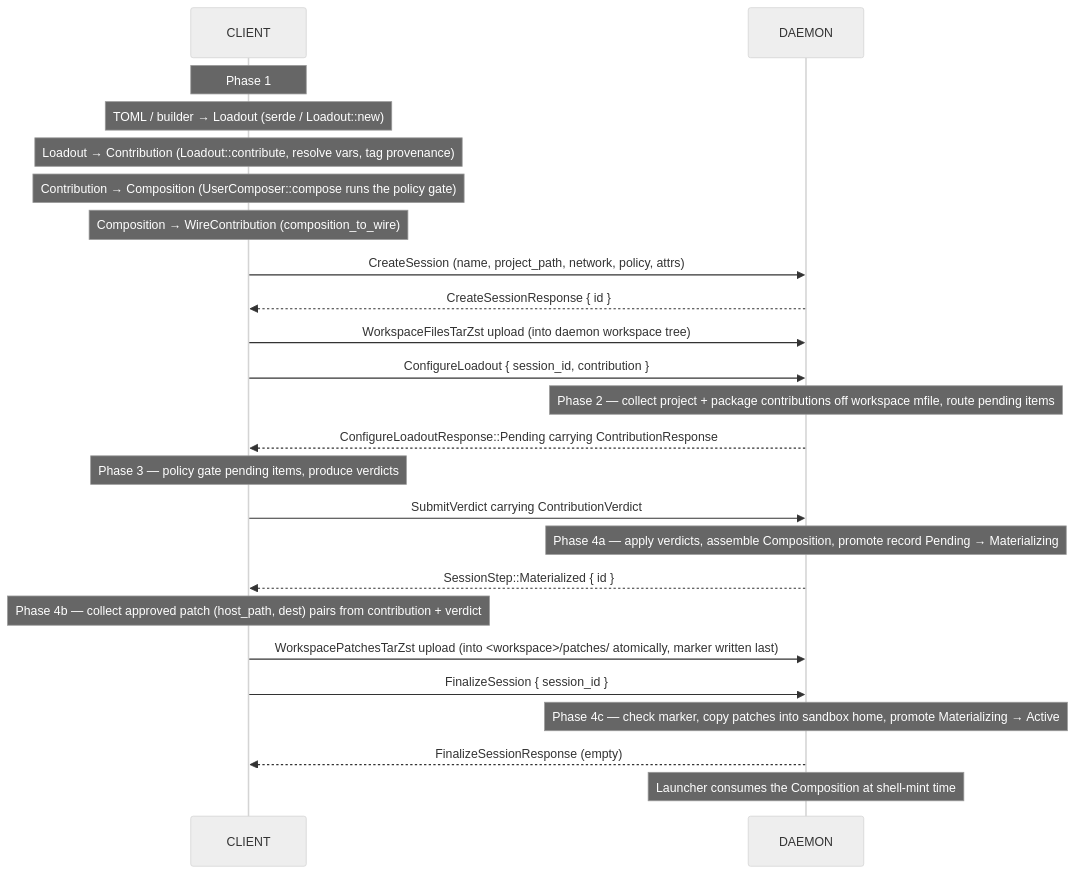
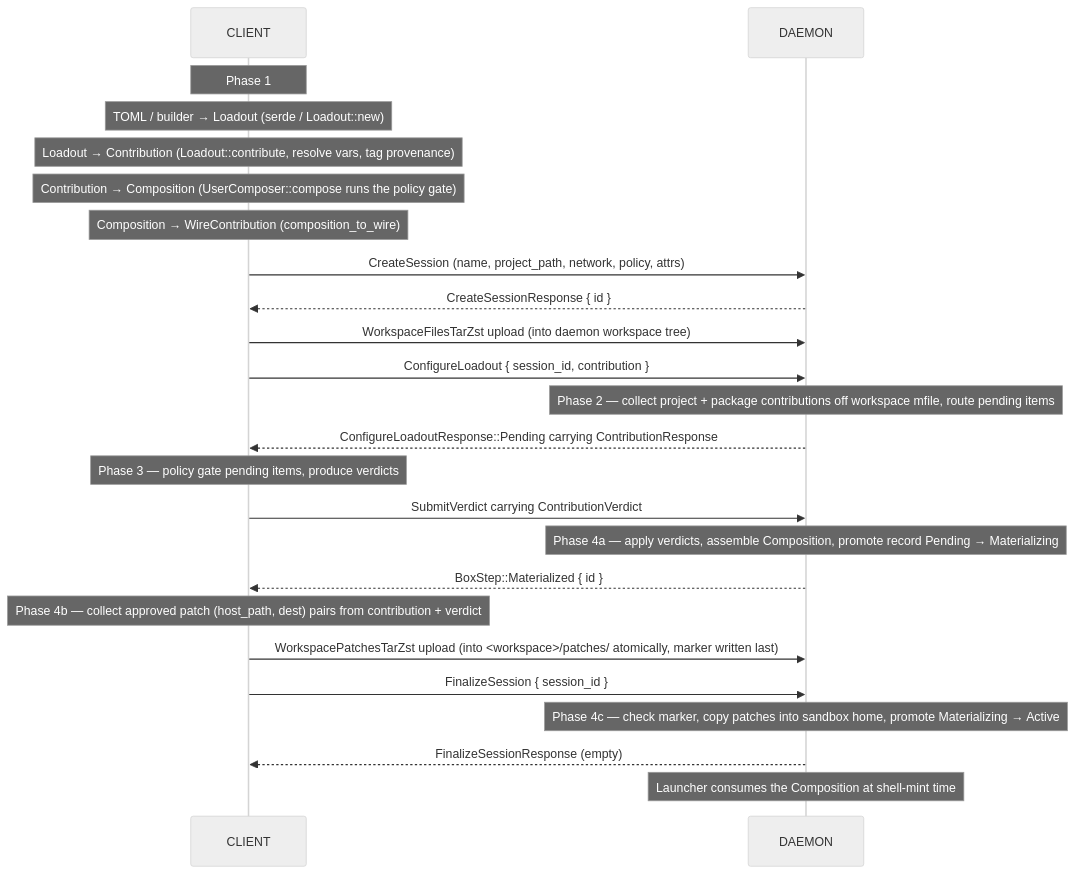
Before and after one commit to evanspearman/minimal: the first of 2 diagrams in crates/boxes/docs/COMPOSITION.md, drawn with Mermaid (neutral theme). The commit also changed other lines of this file and 55 other files, not shown here.

First line of the commit message:
refactor: rename the session types for the box they model (#2229)

````diff
--- a/crates/boxes/docs/COMPOSITION.md
+++ b/crates/boxes/docs/COMPOSITION.md
@@ -29,27 +29,27 @@
 ```mermaid
 sequenceDiagram
     participant C as CLIENT
     participant D as DAEMON
 
     Note over C: Phase 1
     Note over C: TOML / builder → Loadout (serde / Loadout::new)
     Note over C: Loadout → Contribution (Loadout::contribute, resolve vars, tag provenance)
     Note over C: Contribution → Composition (UserComposer::compose runs the policy gate)
     Note over C: Composition → WireContribution (composition_to_wire)
     C->>D: CreateSession (name, project_path, network, policy, attrs)
     D-->>C: CreateSessionResponse { id }
     C->>D: WorkspaceFilesTarZst upload (into daemon workspace tree)
     C->>D: ConfigureLoadout { session_id, contribution }
     Note over D: Phase 2 — collect project + package contributions off workspace mfile, route pending items
     D-->>C: ConfigureLoadoutResponse::Pending carrying ContributionResponse
     Note over C: Phase 3 — policy gate pending items, produce verdicts
     C->>D: SubmitVerdict carrying ContributionVerdict
     Note over D: Phase 4a — apply verdicts, assemble Composition, promote record Pending → Materializing
-    D-->>C: SessionStep::Materialized { id }
+    D-->>C: BoxStep::Materialized { id }
     Note over C: Phase 4b — collect approved patch (host_path, dest) pairs from contribution + verdict
     C->>D: WorkspacePatchesTarZst upload (into <workspace>/patches/ atomically, marker written last)
     C->>D: FinalizeSession { session_id }
     Note over D: Phase 4c — check marker, copy patches into sandbox home, promote Materializing → Active
     D-->>C: FinalizeSessionResponse (empty)
     Note over D: Launcher consumes the Composition at shell-mint time
 ```
````
